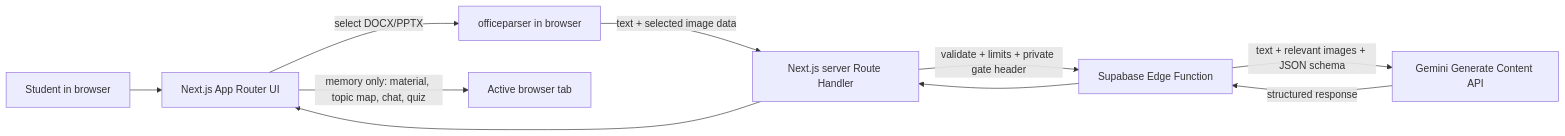
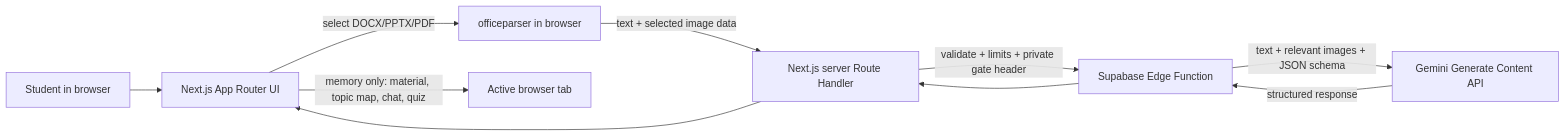
Before and after one commit to lightabuneojo-arch/ST-AI-AGENT: the diagram in devpost/spec.md, drawn with Mermaid. The commit also changed other lines of this file and 17 other files, not shown here.

````diff
--- a/devpost/spec.md
+++ b/devpost/spec.md
@@ -24,11 +24,11 @@
 ```mermaid
 flowchart LR
   Student[Student in browser] --> UI[Next.js App Router UI]
-  UI -->|select DOCX/PPTX| Parser[officeparser in browser]
+  UI -->|select DOCX/PPTX/PDF| Parser[officeparser in browser]
   Parser -->|text + selected image data| Route[Next.js server Route Handler]
   Route -->|validate + limits + private gate header| Edge[Supabase Edge Function]
   Edge -->|text + relevant images + JSON schema| Gemini[Gemini Generate Content API]
   Gemini -->|structured response| Edge
   Edge --> Route --> UI
   UI -->|memory only: material, topic map, chat, quiz| Session[Active browser tab]
 ```
````
